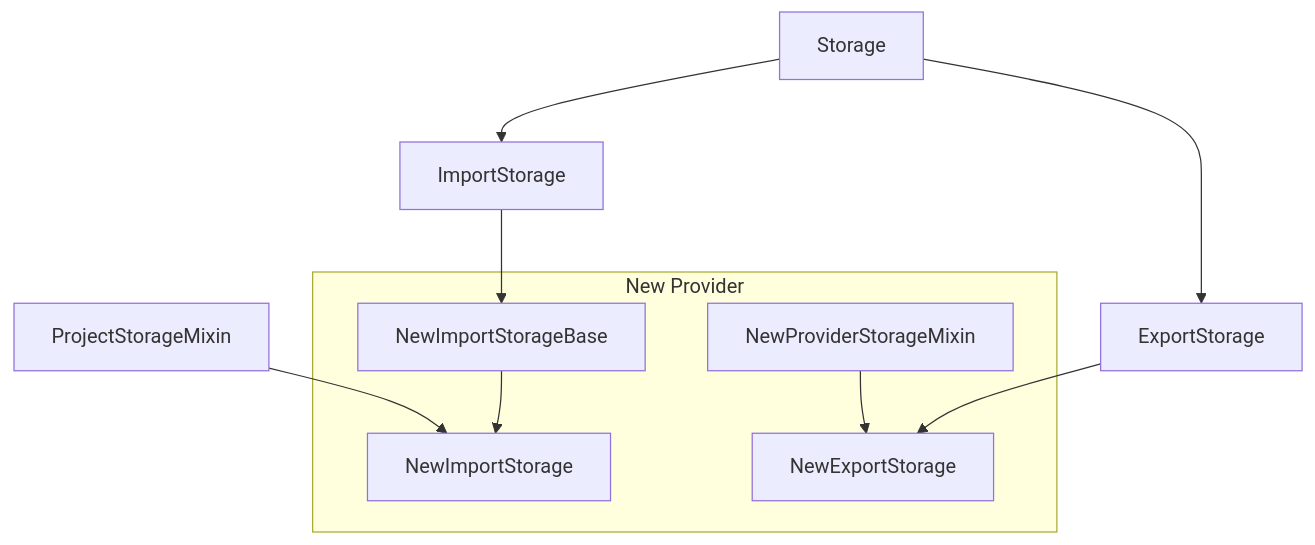
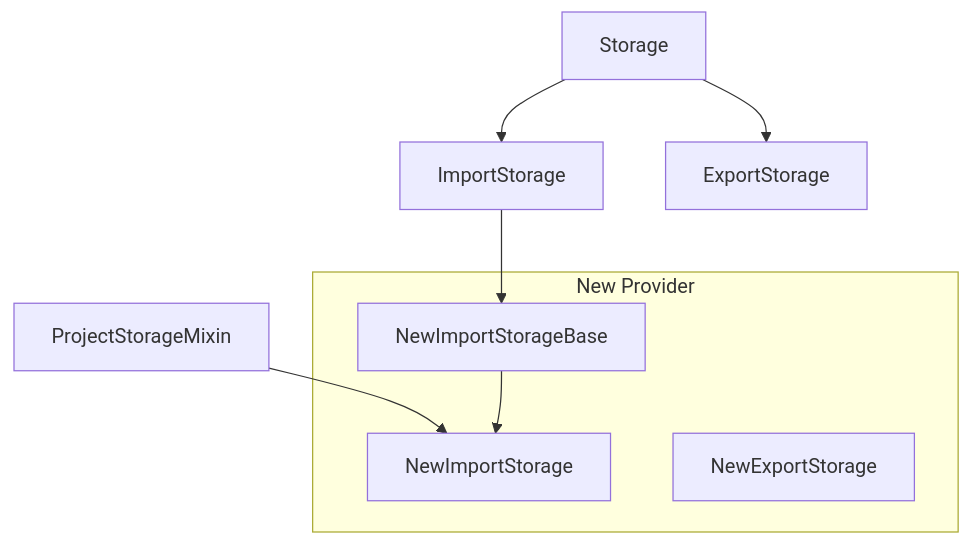
The diagram in .cursor/rules/storage-provider.mdc (opetitprestataire/label-studio), drawn with Mermaid before and after one commit. The commit also changed other lines of this file, not shown here.

````diff
--- a/.cursor/rules/storage-provider.mdc
+++ b/.cursor/rules/storage-provider.mdc
@@ -30,20 +16,16 @@
 ```mermaid
 graph TD
     Storage-->ImportStorage
     Storage-->ExportStorage
     
     ProjectStorageMixin-->NewImportStorage
     ImportStorage-->NewImportStorageBase
-    
-    NewStorageMixin-->NewExportStorage
-    ExportStorage-->NewExportStorage
 
     NewImportStorageBase-->NewImportStorage
     
     subgraph New Provider
         NewImportStorage
         NewImportStorageBase
         NewExportStorage
-        NewStorageMixin[NewProviderStorageMixin]
     end
 ```
````
